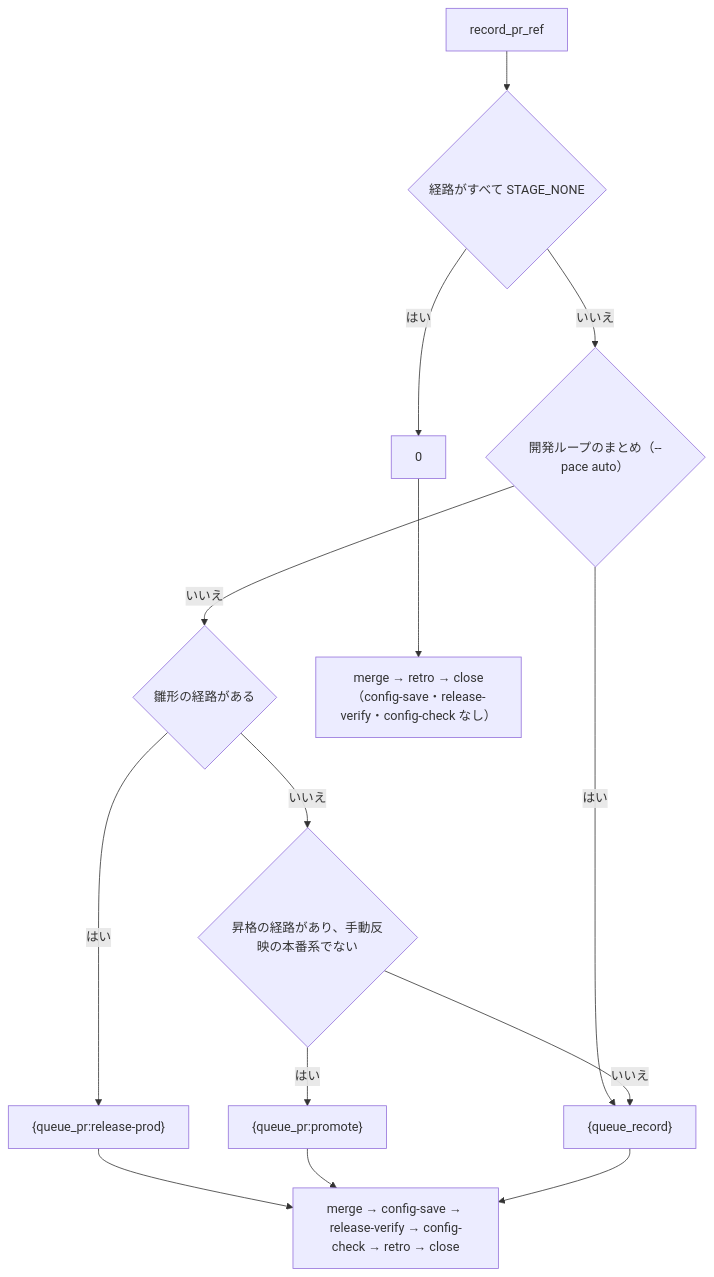
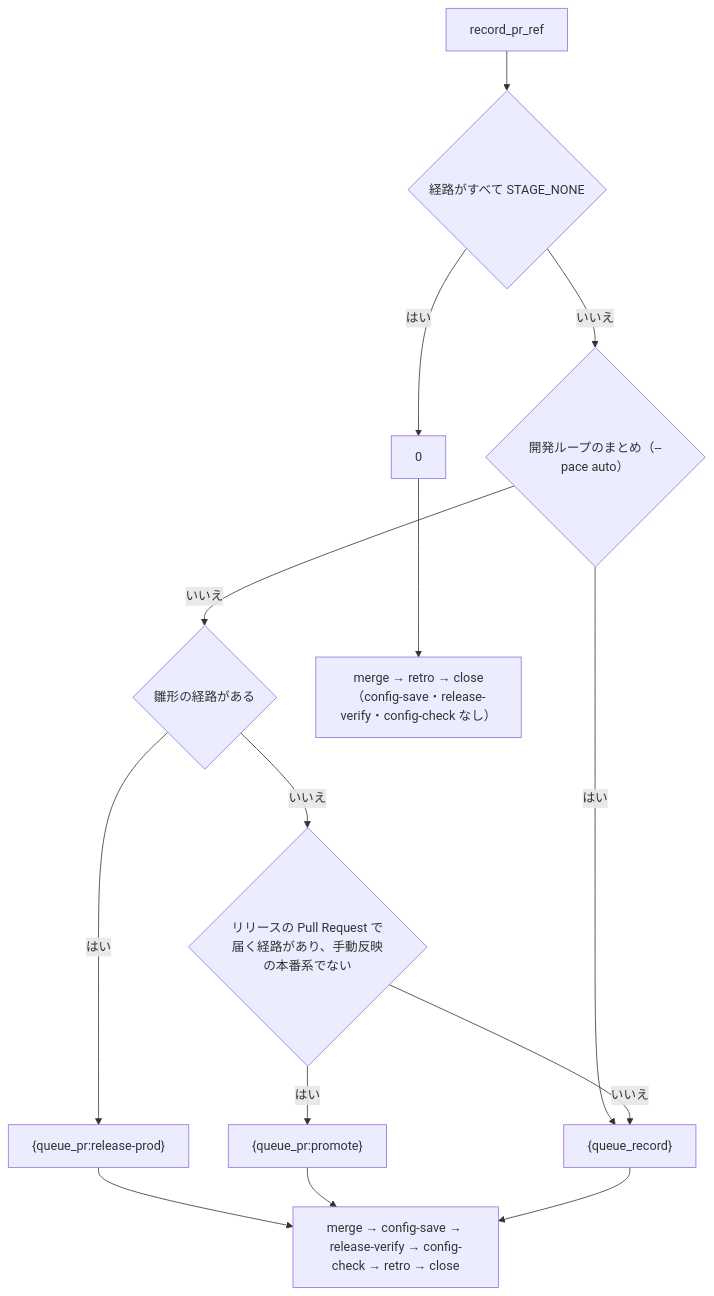
One commit to devbasex/ai-plugins changed the diagram in docs/specifications/ndf-sprint-misjudgments-unknown-record-and-manual-none.md. Above: the diagram before and after it, drawn with Mermaid. The commit also changed other lines of this file and 11 other files, not shown here.

````diff
--- a/docs/specifications/ndf-sprint-misjudgments-unknown-record-and-manual-none.md
+++ b/docs/specifications/ndf-sprint-misjudgments-unknown-record-and-manual-none.md
@@ -109,16 +109,16 @@
 ```mermaid
 flowchart TD
   A["record_pr_ref"] --> D{"経路がすべて STAGE_NONE"}
   D -- はい --> Z["0"]
   D -- いいえ --> L{"開発ループのまとめ（--pace auto）"}
   L -- はい --> U["{queue_record}"]
   L -- いいえ --> B{"雛形の経路がある"}
   B -- はい --> T["{queue_pr:release-prod}"]
-  B -- いいえ --> C{"昇格の経路があり、手動反映の本番系でない"}
+  B -- いいえ --> C{"リリースの Pull Request で届く経路があり、手動反映の本番系でない"}
   C -- はい --> P["{queue_pr:promote}"]
   C -- いいえ --> U
   T --> V["merge → config-save → release-verify → config-check → retro → close"]
   P --> V
   U --> V
   Z --> W["merge → retro → close（config-save・release-verify・config-check なし）"]
 ```
````
